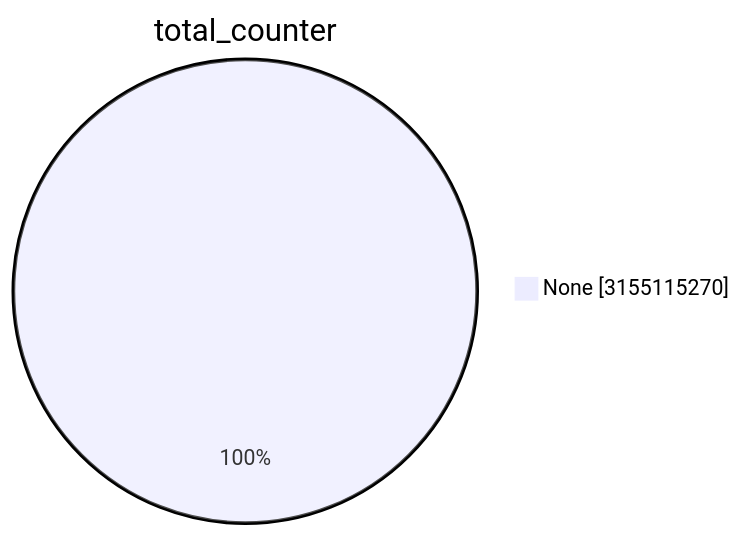
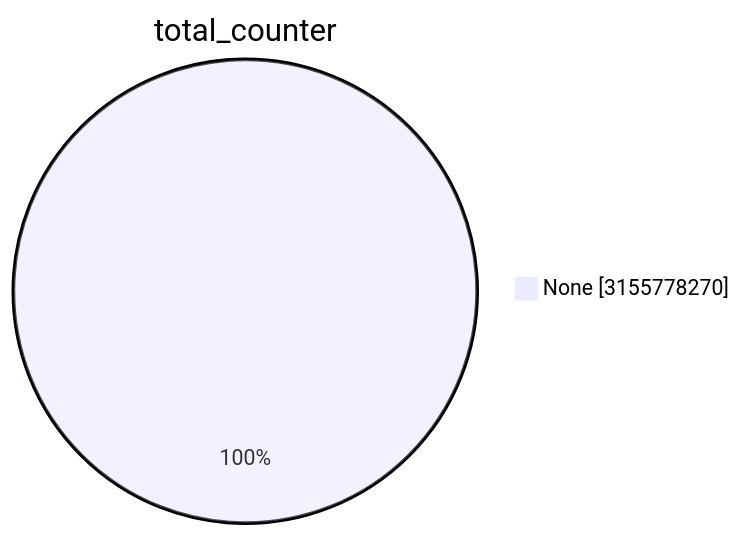
The first of 15 diagrams in TOTAL/README.md (christiankrug/ctmonitor_visualization), drawn with Mermaid before and after one commit. The commit also changed other lines of this file, not shown here.

````diff
--- a/TOTAL/README.md
+++ b/TOTAL/README.md
@@ -1,5 +1,5 @@
 ```mermaid
 pie showData
 title total_counter
-"None" :3155115270
+"None" :3155778270
 ```
````
